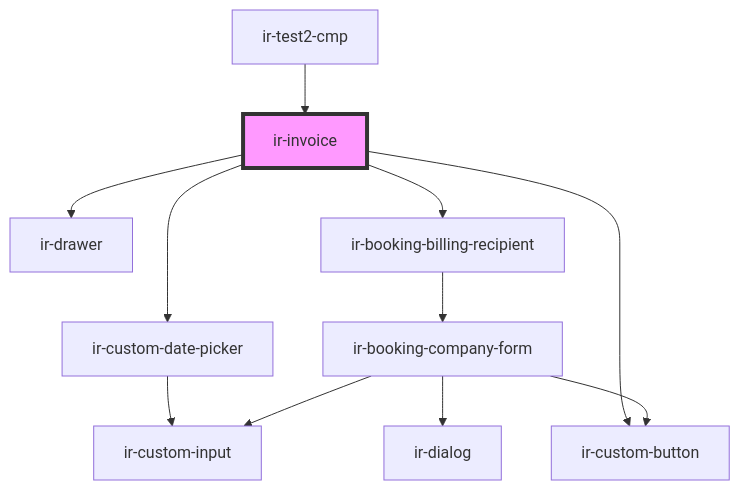
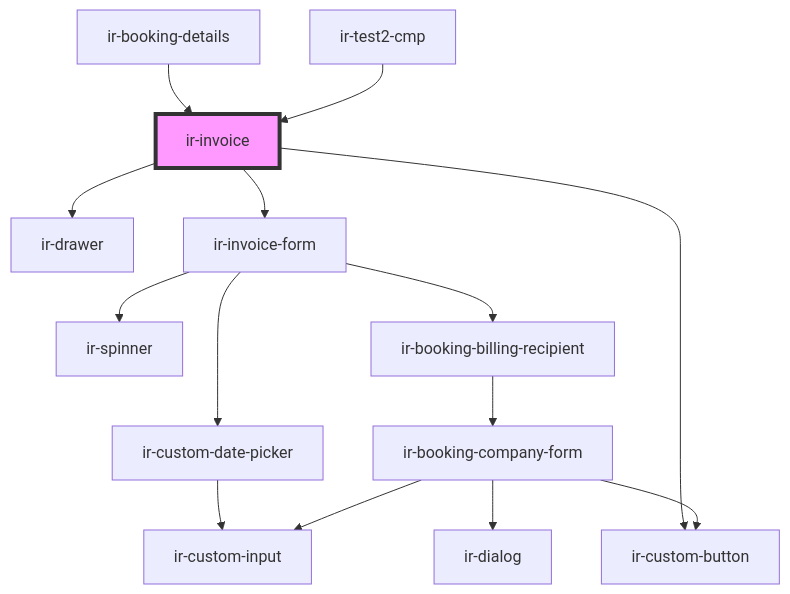
Before and after one commit to David1Chowaifaty/modified-ir-webcmp: the diagram in src/components/ir-invoice/readme.md, drawn with Mermaid. The commit also changed other lines of this file and 35 other files, not shown here.

First line of the commit message:
Add InvoicableItemType and update InvoicableItemSchema for type safety

````diff
--- a/src/components/ir-invoice/readme.md
+++ b/src/components/ir-invoice/readme.md
@@ -77,14 +76,17 @@
 ```mermaid
 graph TD;
   ir-invoice --> ir-drawer
-  ir-invoice --> ir-custom-date-picker
-  ir-invoice --> ir-booking-billing-recipient
+  ir-invoice --> ir-invoice-form
   ir-invoice --> ir-custom-button
+  ir-invoice-form --> ir-spinner
+  ir-invoice-form --> ir-custom-date-picker
+  ir-invoice-form --> ir-booking-billing-recipient
   ir-custom-date-picker --> ir-custom-input
   ir-booking-billing-recipient --> ir-booking-company-form
   ir-booking-company-form --> ir-dialog
   ir-booking-company-form --> ir-custom-input
   ir-booking-company-form --> ir-custom-button
+  ir-booking-details --> ir-invoice
   ir-test2-cmp --> ir-invoice
   style ir-invoice fill:#f9f,stroke:#333,stroke-width:4px
 ```
````
